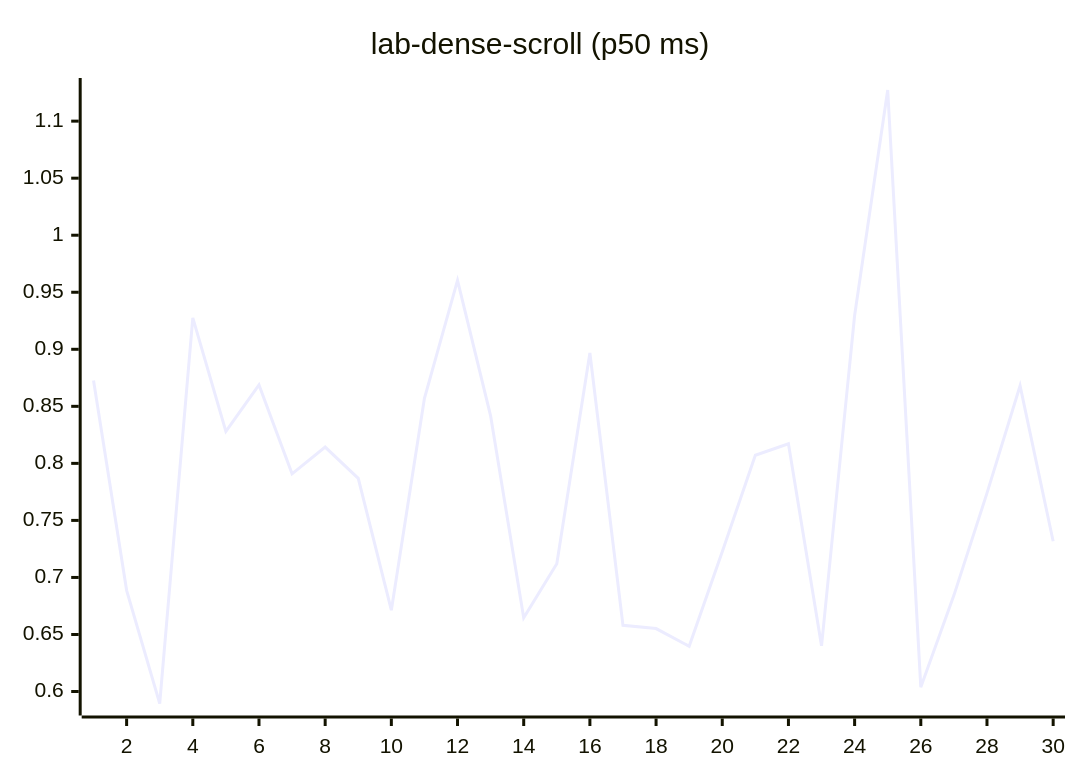
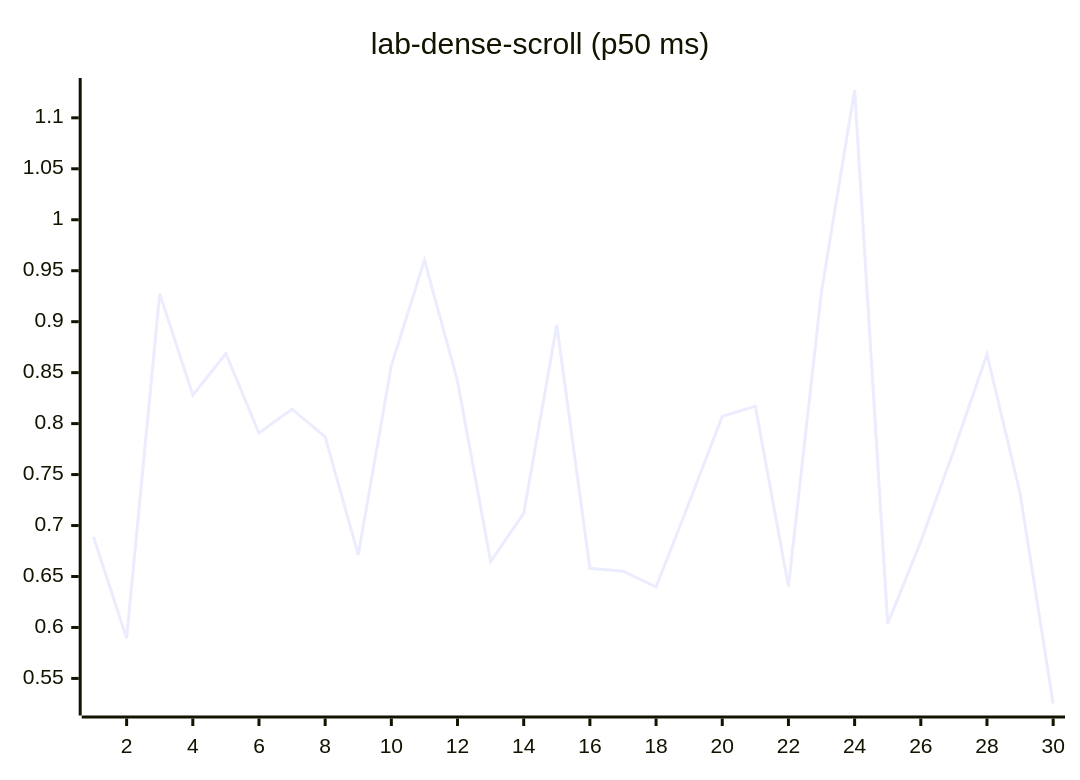
One commit to josha/Facet changed diagram 12 of 27 in README.md. Above: the diagram before and after it, drawn with Mermaid. The commit also changed other lines of this file and 2 other files, not shown here.

````diff
--- a/README.md
+++ b/README.md
@@ -140,6 +140,6 @@
 ```mermaid
 xychart-beta
     title "lab-dense-scroll (p50 ms)"
     x-axis 1 --> 30
-    line [0.8727, 0.6887, 0.5895, 0.9275, 0.8280, 0.8687, 0.7908, 0.8143, 0.7869, 0.6713, 0.8570, 0.9604, 0.8416, 0.6647, 0.7120, 0.8968, 0.6580, 0.6552, 0.6397, 0.7226, 0.8071, 0.8171, 0.6401, 0.9297, 1.1273, 0.6038, 0.6843, 0.7739, 0.8680, 0.7317]
+    line [0.6887, 0.5895, 0.9275, 0.8280, 0.8687, 0.7908, 0.8143, 0.7869, 0.6713, 0.8570, 0.9604, 0.8416, 0.6647, 0.7120, 0.8968, 0.6580, 0.6552, 0.6397, 0.7226, 0.8071, 0.8171, 0.6401, 0.9297, 1.1273, 0.6038, 0.6843, 0.7739, 0.8680, 0.7317, 0.5254]
 ```
````
